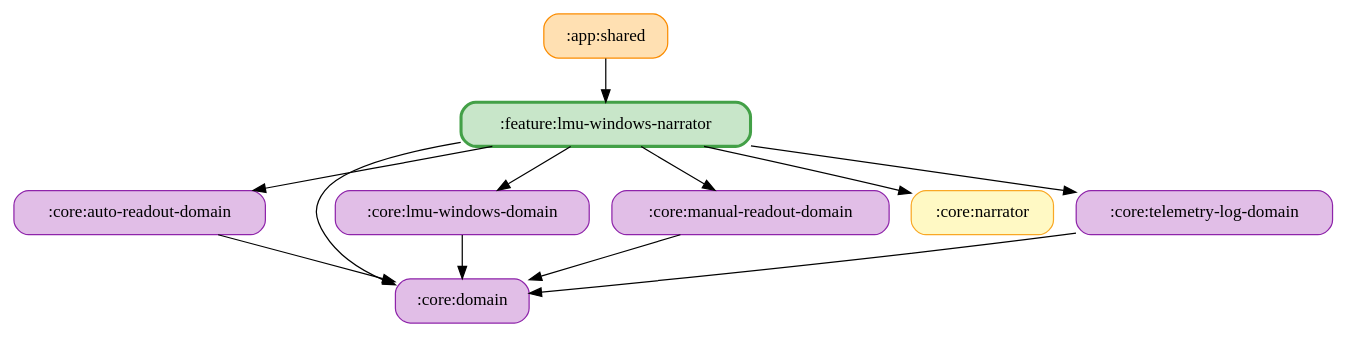
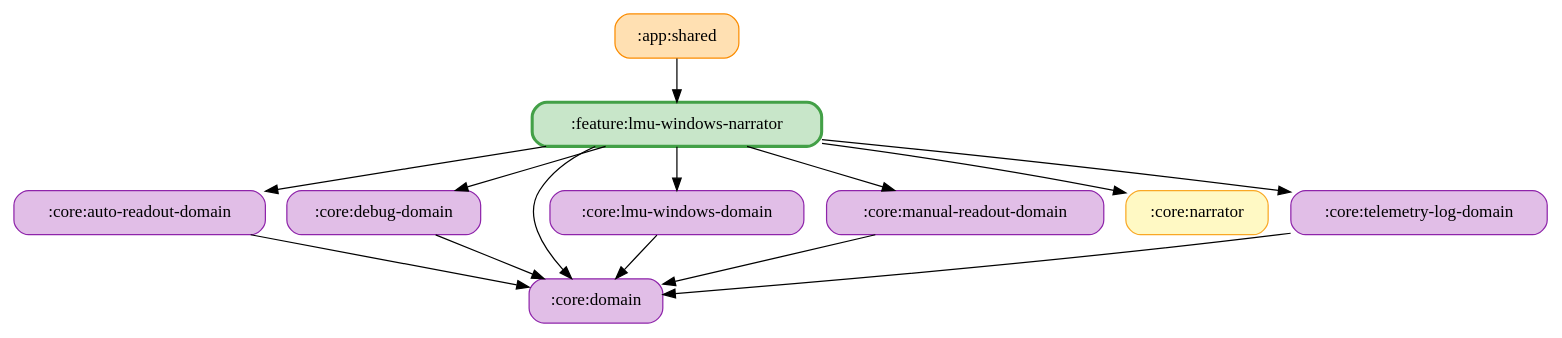
The diagram in docs/graphs/feature-lmu-windows-narrator.gv (ai-kurou/KoDriver), drawn with Graphviz before and after one commit. The commit also changed 31 other files, not shown here.

Commit message:
chore: update module graph images

```diff
--- a/docs/graphs/feature-lmu-windows-narrator.gv
+++ b/docs/graphs/feature-lmu-windows-narrator.gv
@@ -1,23 +1,26 @@
 digraph G {
   rankdir=TB
   node [shape=box, style="rounded,filled"]
   ":app:shared" [fillcolor="#FFE0B2", color="#FB8C00", penwidth=1]
   ":core:auto-readout-domain" [fillcolor="#E1BEE7", color="#8E24AA", penwidth=1]
+  ":core:debug-domain" [fillcolor="#E1BEE7", color="#8E24AA", penwidth=1]
   ":core:domain" [fillcolor="#E1BEE7", color="#8E24AA", penwidth=1]
   ":core:lmu-windows-domain" [fillcolor="#E1BEE7", color="#8E24AA", penwidth=1]
   ":core:manual-readout-domain" [fillcolor="#E1BEE7", color="#8E24AA", penwidth=1]
   ":core:narrator" [fillcolor="#FFF9C4", color="#F9A825", penwidth=1]
   ":core:telemetry-log-domain" [fillcolor="#E1BEE7", color="#8E24AA", penwidth=1]
   ":feature:lmu-windows-narrator" [fillcolor="#C8E6C9", color="#43A047", penwidth=2.5]
   ":app:shared" -> ":feature:lmu-windows-narrator"
   ":core:auto-readout-domain" -> ":core:domain"
+  ":core:debug-domain" -> ":core:domain"
   ":core:lmu-windows-domain" -> ":core:domain"
   ":core:manual-readout-domain" -> ":core:domain"
   ":core:telemetry-log-domain" -> ":core:domain"
   ":feature:lmu-windows-narrator" -> ":core:domain"
   ":feature:lmu-windows-narrator" -> ":core:auto-readout-domain"
   ":feature:lmu-windows-narrator" -> ":core:telemetry-log-domain"
   ":feature:lmu-windows-narrator" -> ":core:lmu-windows-domain"
+  ":feature:lmu-windows-narrator" -> ":core:debug-domain"
   ":feature:lmu-windows-narrator" -> ":core:manual-readout-domain"
   ":feature:lmu-windows-narrator" -> ":core:narrator"
 }
```
